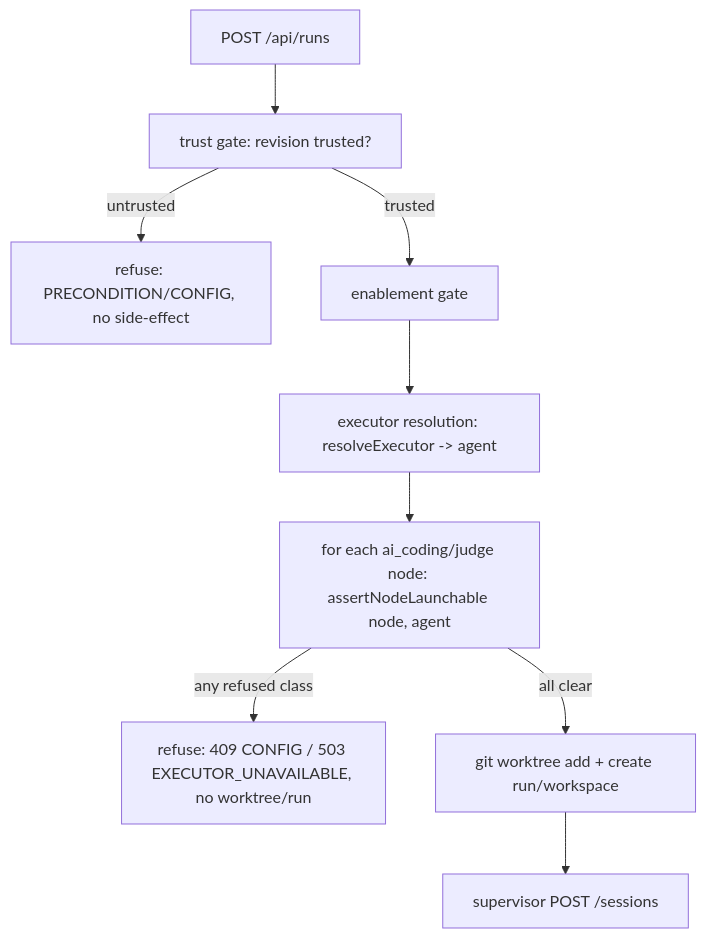
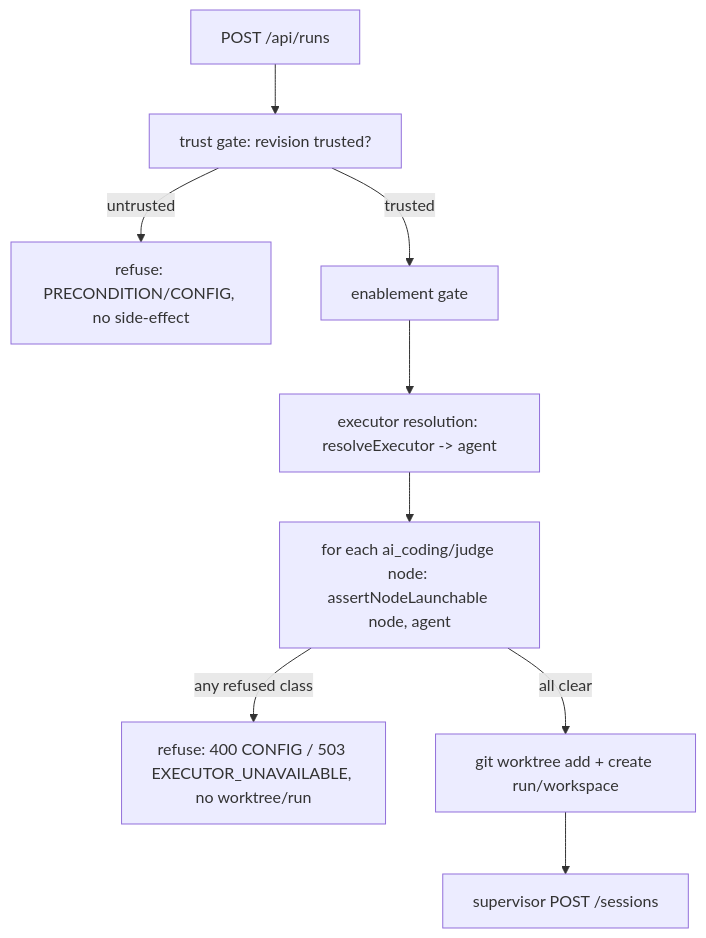
Before and after one commit to maister-dev/maister: the second of 3 diagrams in docs/system-analytics/flow-settings.md, drawn with Mermaid. The commit also changed other lines of this file and 9 other files, not shown here.

````diff
--- a/docs/system-analytics/flow-settings.md
+++ b/docs/system-analytics/flow-settings.md
@@ -162,11 +162,11 @@
 ```mermaid
 flowchart TD
     A[POST /api/runs] --> B[trust gate: revision trusted?]
     B -->|untrusted| BR[refuse: PRECONDITION/CONFIG, no side-effect]
     B -->|trusted| C[enablement gate]
     C --> D[executor resolution: resolveExecutor -> agent]
     D --> E[for each ai_coding/judge node: assertNodeLaunchable node, agent]
-    E -->|any refused class| ER[refuse: 409 CONFIG / 503 EXECUTOR_UNAVAILABLE, no worktree/run]
+    E -->|any refused class| ER[refuse: 400 CONFIG / 503 EXECUTOR_UNAVAILABLE, no worktree/run]
     E -->|all clear| F[git worktree add + create run/workspace]
     F --> G[supervisor POST /sessions]
 ```
````
